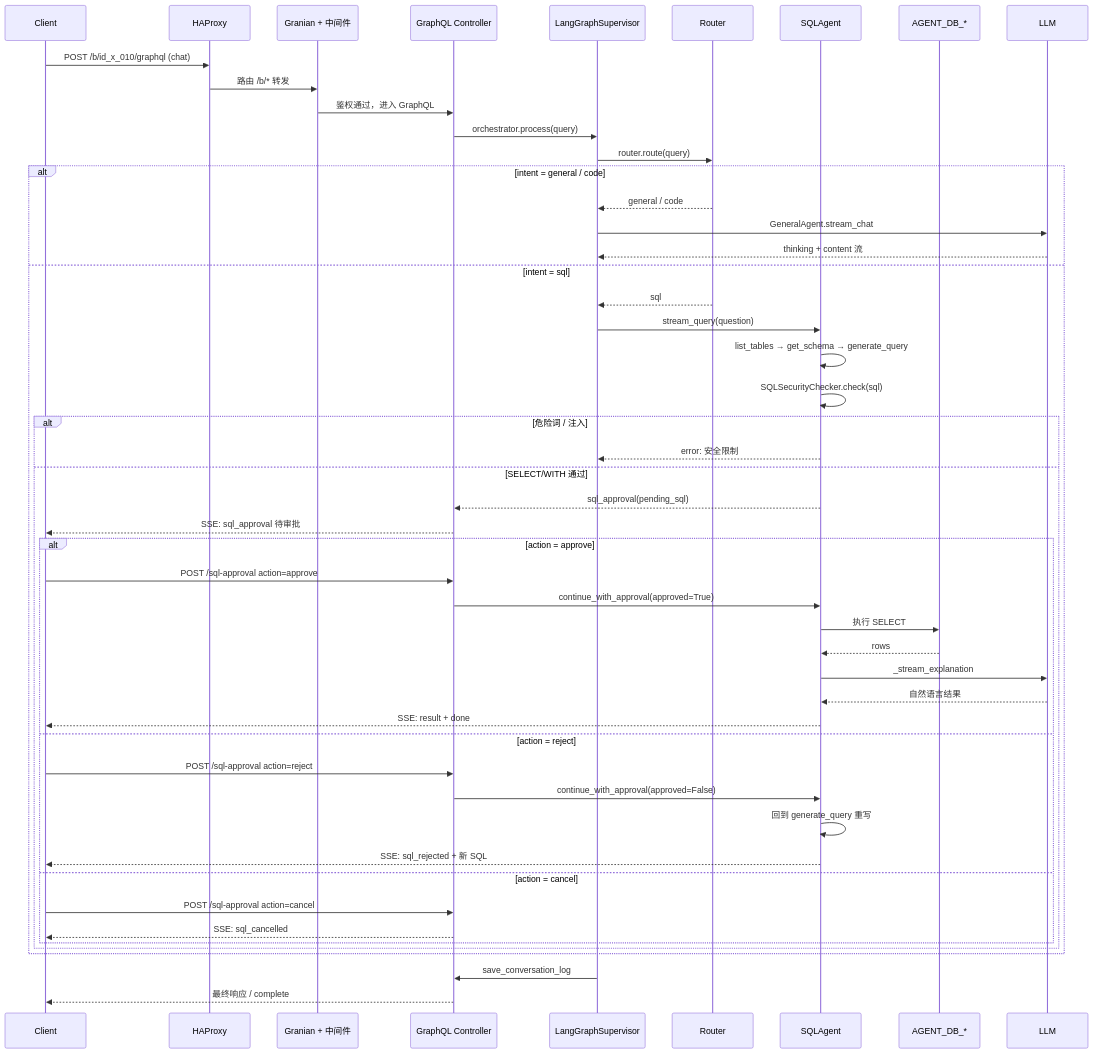
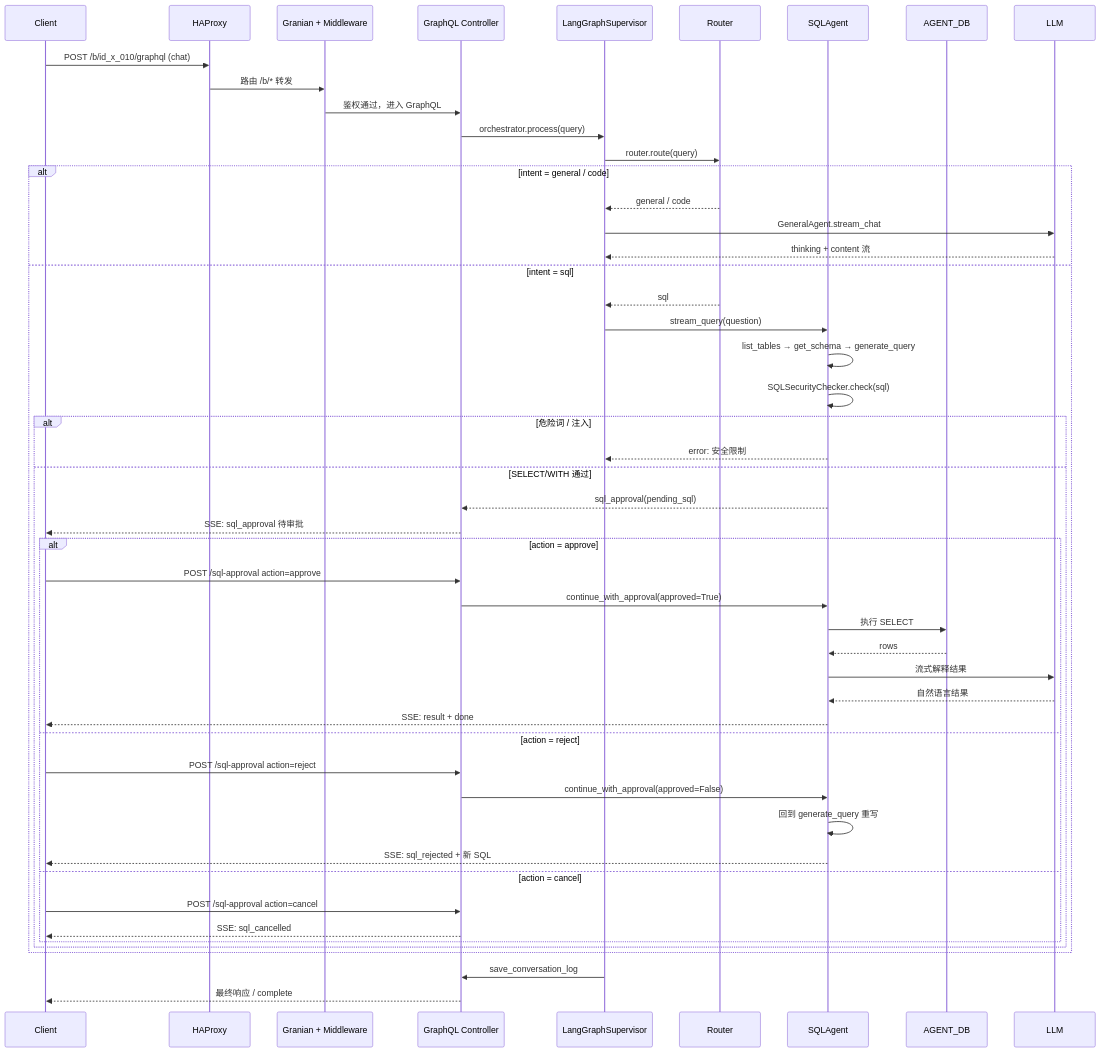
Before and after one commit to i-TorchLabs/id_x_010: the second of 2 diagrams in README.md, drawn with Mermaid. The commit also changed other lines of this file, not shown here.

````diff
--- a/README.md
+++ b/README.md
@@ -138,57 +140,57 @@
 ```mermaid
 sequenceDiagram
   participant C as Client
   participant H as HAProxy
-  participant M as Granian + 中间件
+  participant M as Granian + Middleware
   participant G as GraphQL Controller
   participant S as LangGraphSupervisor
   participant R as Router
   participant A as SQLAgent
-  participant DB as AGENT_DB_*
+  participant DB as AGENT_DB
   participant L as LLM
 
   C->>H: POST /b/id_x_010/graphql (chat)
   H->>M: 路由 /b/* 转发
   M->>G: 鉴权通过，进入 GraphQL
   G->>S: orchestrator.process(query)
   S->>R: router.route(query)
 
   alt intent = general / code
     R-->>S: general / code
     S->>L: GeneralAgent.stream_chat
     L-->>S: thinking + content 流
   else intent = sql
     R-->>S: sql
     S->>A: stream_query(question)
     A->>A: list_tables → get_schema → generate_query
     A->>A: SQLSecurityChecker.check(sql)
 
     alt 危险词 / 注入
       A-->>S: error: 安全限制
     else SELECT/WITH 通过
       A-->>G: sql_approval(pending_sql)
       G-->>C: SSE: sql_approval 待审批
 
       alt action = approve
         C->>G: POST /sql-approval action=approve
         G->>A: continue_with_approval(approved=True)
         A->>DB: 执行 SELECT
         DB-->>A: rows
-        A->>L: _stream_explanation
+        A->>L: 流式解释结果
         L-->>A: 自然语言结果
         A-->>C: SSE: result + done
       else action = reject
         C->>G: POST /sql-approval action=reject
         G->>A: continue_with_approval(approved=False)
         A->>A: 回到 generate_query 重写
         A-->>C: SSE: sql_rejected + 新 SQL
       else action = cancel
         C->>G: POST /sql-approval action=cancel
         G-->>C: SSE: sql_cancelled
       end
     end
   end
 
   S->>G: save_conversation_log
   G-->>C: 最终响应 / complete
 ```
````
